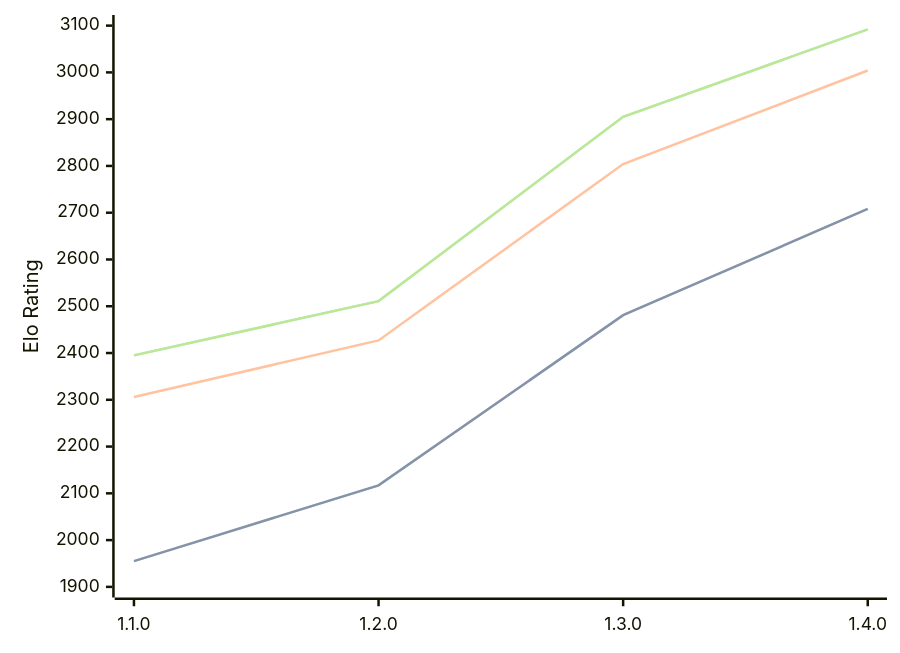
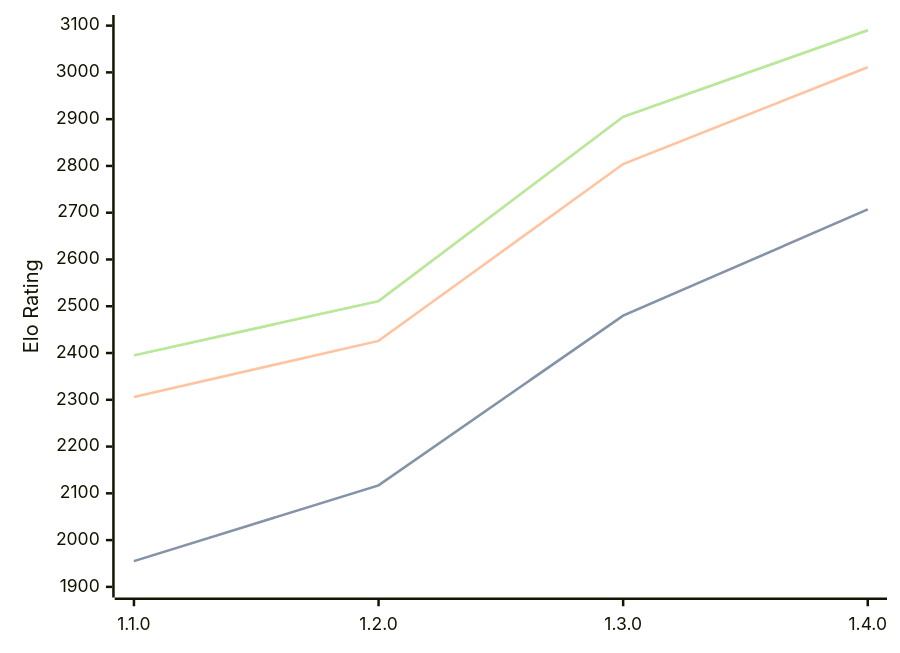
Before and after one commit to computer-chess-index/cci: the diagram in engines/Gyatso.md, drawn with Mermaid. The commit also changed other lines of this file, not shown here.

Commit message:
Update CCI Ratings (ELO VLTC) - 2026-06-10

````diff
--- a/engines/Gyatso.md
+++ b/engines/Gyatso.md
@@ -35,11 +35,11 @@
 ```mermaid
 %%{init: {"theme":"base","themeVariables":{"seriesColors:['#a3a3a3','#222221','#faa371']}}}%%
 xychart-beta
   x-axis ["1.1.0", "1.2.0", "1.3.0", "1.4.0"]
   y-axis "Elo Rating" 1900 --> 3100
-  line "STC (8.0+0.08s)" [1955, 2117, 2481, 2708]
-  line "STC (8.0+0.08s)" [1955, 2117, 2481, 2708]
-  line "LTC (60.0+0.60s)" [2306, 2427, 2804, 3004]
-  line "VLTC (2m24s+1.12s)" [2395, 2511, 2905, 3092]
-  line "VLTC (2m24s+1.12s)" [2395, 2511, 2905, 3092]
+  line "STC (8.0+0.08s)" [1955, 2117, 2480, 2707]
+  line "STC (8.0+0.08s)" [1955, 2117, 2480, 2707]
+  line "LTC (60.0+0.60s)" [2306, 2426, 2804, 3011]
+  line "VLTC (2m24s+1.12s)" [2395, 2511, 2905, 3090]
+  line "VLTC (2m24s+1.12s)" [2395, 2511, 2905, 3090]
 ```
````
